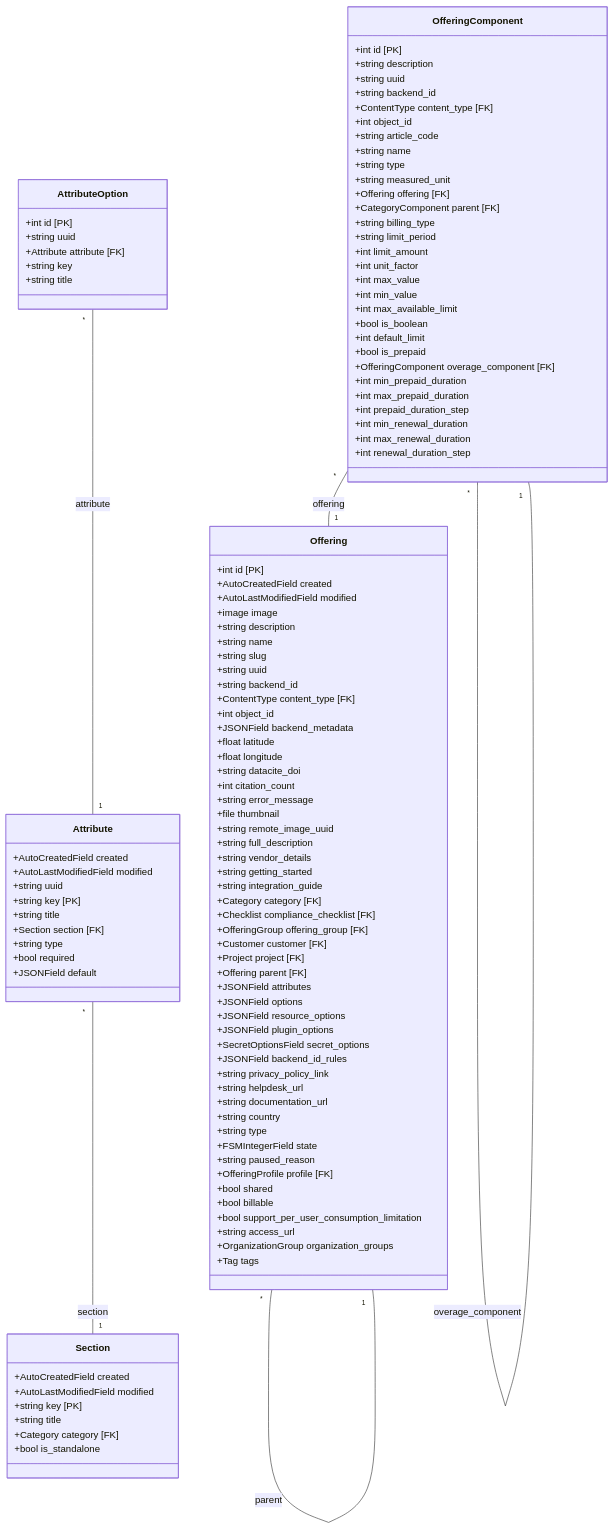
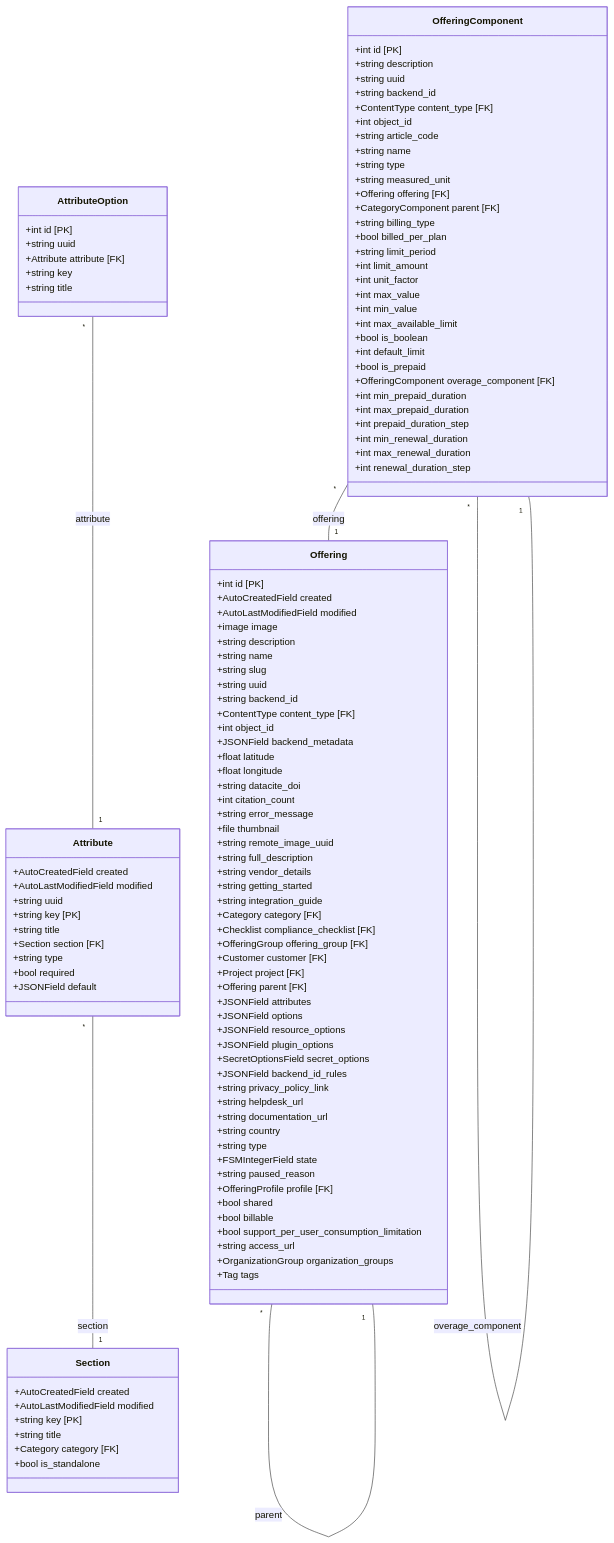
One commit to waldur/waldur-mastermind changed the diagram in docs/marketplace_catalog.mmd. Above: the diagram before and after it, drawn with Mermaid.

Commit message:
Update configuration, CLI and developer guide

```diff
--- a/docs/marketplace_catalog.mmd
+++ b/docs/marketplace_catalog.mmd
@@ -1,115 +1,116 @@
 classDiagram
     direction TB
     class Section {
         +AutoCreatedField created
         +AutoLastModifiedField modified
         +string key [PK]
         +string title
         +Category category [FK]
         +bool is_standalone
     }
     class Attribute {
         +AutoCreatedField created
         +AutoLastModifiedField modified
         +string uuid
         +string key [PK]
         +string title
         +Section section [FK]
         +string type
         +bool required
         +JSONField default
     }
     class AttributeOption {
         +int id [PK]
         +string uuid
         +Attribute attribute [FK]
         +string key
         +string title
     }
     class Offering {
         +int id [PK]
         +AutoCreatedField created
         +AutoLastModifiedField modified
         +image image
         +string description
         +string name
         +string slug
         +string uuid
         +string backend_id
         +ContentType content_type [FK]
         +int object_id
         +JSONField backend_metadata
         +float latitude
         +float longitude
         +string datacite_doi
         +int citation_count
         +string error_message
         +file thumbnail
         +string remote_image_uuid
         +string full_description
         +string vendor_details
         +string getting_started
         +string integration_guide
         +Category category [FK]
         +Checklist compliance_checklist [FK]
         +OfferingGroup offering_group [FK]
         +Customer customer [FK]
         +Project project [FK]
         +Offering parent [FK]
         +JSONField attributes
         +JSONField options
         +JSONField resource_options
         +JSONField plugin_options
         +SecretOptionsField secret_options
         +JSONField backend_id_rules
         +string privacy_policy_link
         +string helpdesk_url
         +string documentation_url
         +string country
         +string type
         +FSMIntegerField state
         +string paused_reason
         +OfferingProfile profile [FK]
         +bool shared
         +bool billable
         +bool support_per_user_consumption_limitation
         +string access_url
         +OrganizationGroup organization_groups
         +Tag tags
     }
     class OfferingComponent {
         +int id [PK]
         +string description
         +string uuid
         +string backend_id
         +ContentType content_type [FK]
         +int object_id
         +string article_code
         +string name
         +string type
         +string measured_unit
         +Offering offering [FK]
         +CategoryComponent parent [FK]
         +string billing_type
+        +bool billed_per_plan
         +string limit_period
         +int limit_amount
         +int unit_factor
         +int max_value
         +int min_value
         +int max_available_limit
         +bool is_boolean
         +int default_limit
         +bool is_prepaid
         +OfferingComponent overage_component [FK]
         +int min_prepaid_duration
         +int max_prepaid_duration
         +int prepaid_duration_step
         +int min_renewal_duration
         +int max_renewal_duration
         +int renewal_duration_step
     }
     Attribute "*" -- "1" Section : section
     AttributeOption "*" -- "1" Attribute : attribute
     Offering "*" -- "1" Offering : parent
     OfferingComponent "*" -- "1" Offering : offering
     OfferingComponent "*" -- "1" OfferingComponent : overage_component
```
